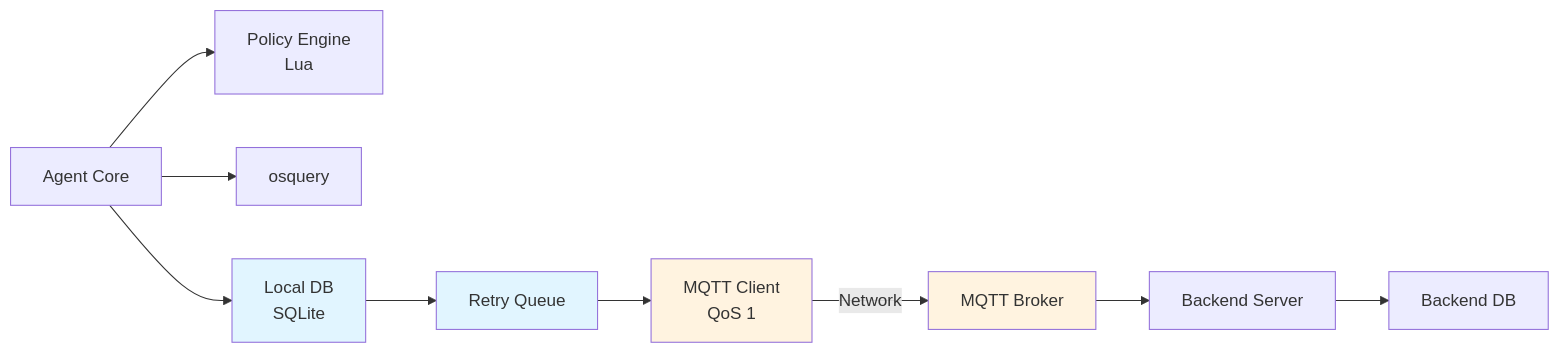
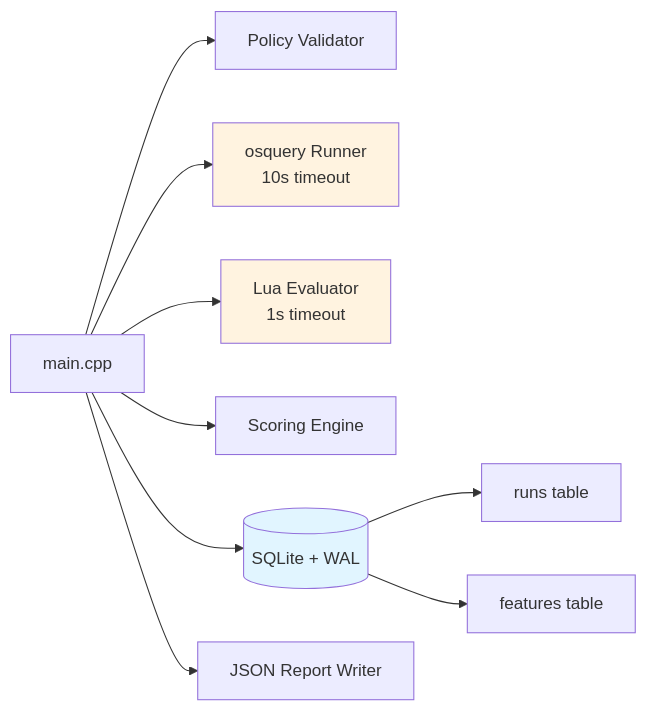
The diagram in README.md (rohan2107/Sentinel), drawn with Mermaid before and after one commit. The commit also changed other lines of this file and 15 other files, not shown here.

First line of the commit message:
Revamp README; add roadmap docs & scripts

````diff
--- a/README.md
+++ b/README.md
@@ -24,16 +178,15 @@
 ```mermaid
 graph LR
-    A[Agent Core] --> B[Policy Engine<br/>Lua]
-    A --> C[osquery]
-    A --> D[Local DB<br/>SQLite]
-    D --> E[Retry Queue]
-    E --> F[MQTT Client<br/>QoS 1]
-    F -->|Network| G[MQTT Broker]
-    G --> H[Backend Server]
-    H --> I[Backend DB]
+    A[main.cpp] --> B[Policy Validator]
+    A --> C[osquery Runner<br/>10s timeout]
+    A --> D[Lua Evaluator<br/>1s timeout]
+    A --> E[Scoring Engine]
+    A --> F[(SQLite + WAL)]
+    F --> G[runs table]
+    F --> H[features table]
+    A --> I[JSON Report Writer]
     
-    style D fill:#e1f5ff
-    style E fill:#e1f5ff
-    style F fill:#fff3e0
-    style G fill:#fff3e0
+    style F fill:#e1f5ff
+    style C fill:#fff3e0
+    style D fill:#fff3e0
 ```
````
